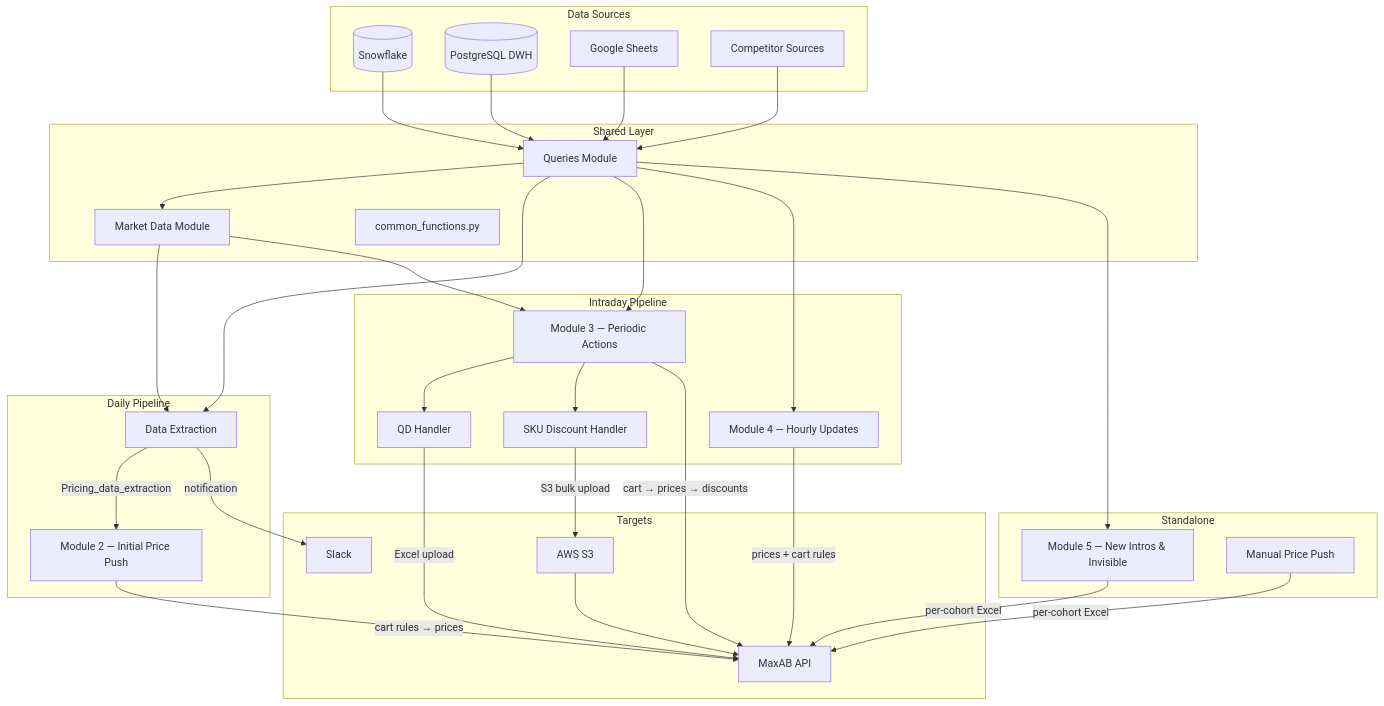
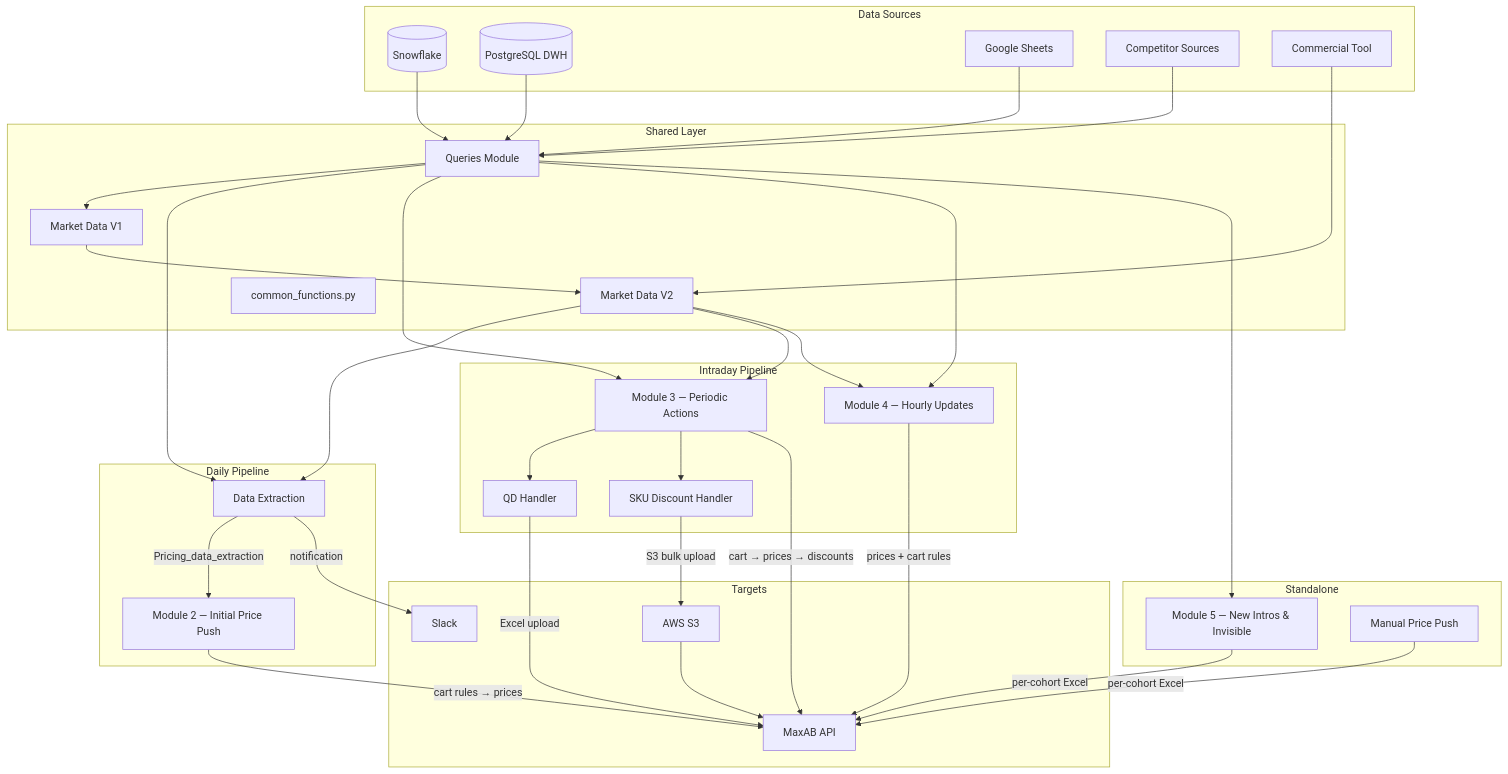
Before and after one commit to Maxab-Growth/Mustafa: the first of 6 diagrams in README.md, drawn with Mermaid. The commit also changed other lines of this file, not shown here.

First line of the commit message:
Comprehensive README update: V2 market data, effective_tiers, commercial signals, all recent changes

````diff
--- a/README.md
+++ b/README.md
@@ -26,58 +27,61 @@
 ```mermaid
 graph TB
     subgraph Data Sources
         SF[(Snowflake)]
         PG[(PostgreSQL DWH)]
         GS[Google Sheets]
         COMP[Competitor Sources]
+        CT[Commercial Tool]
     end
 
     subgraph Shared Layer
         QM[Queries Module]
-        MD[Market Data Module]
+        MD[Market Data V1]
+        MD2[Market Data V2]
         CF[common_functions.py]
     end
 
     subgraph Daily Pipeline
         DE[Data Extraction]
         M2[Module 2 — Initial Price Push]
     end
 
     subgraph Intraday Pipeline
         M3[Module 3 — Periodic Actions]
         M4[Module 4 — Hourly Updates]
         QD[QD Handler]
         SKU[SKU Discount Handler]
     end
 
     subgraph Standalone
         M5[Module 5 — New Intros & Invisible]
         MP[Manual Price Push]
     end
 
     subgraph Targets
         API[MaxAB API]
         S3[AWS S3]
         SL[Slack]
     end
 
     SF & PG & GS & COMP --> QM
     QM --> MD
-    QM & MD --> DE
+    MD & CT --> MD2
+    QM & MD2 --> DE
     DE -->|Pricing_data_extraction| M2
-    QM & MD --> M3
-    QM --> M4
+    QM & MD2 --> M3
+    QM & MD2 --> M4
     M3 --> QD
     M3 --> SKU
     QM --> M5
 
     M2 -->|cart rules → prices| API
     M3 -->|cart → prices → discounts| API
     M4 -->|prices + cart rules| API
     M5 -->|per-cohort Excel| API
     MP -->|per-cohort Excel| API
     QD -->|Excel upload| API
     SKU -->|S3 bulk upload| S3
     S3 --> API
     DE -->|notification| SL
 ```
````
